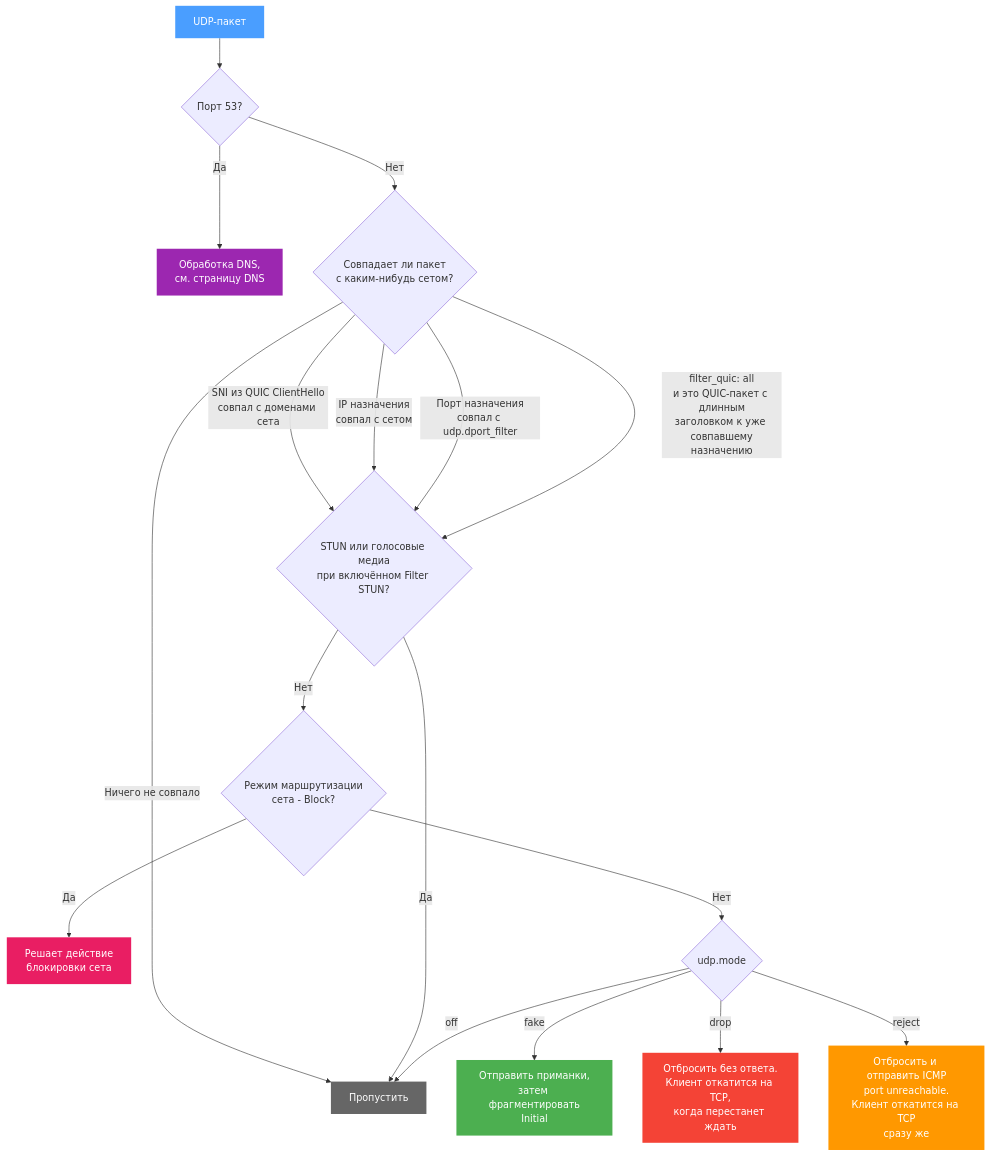
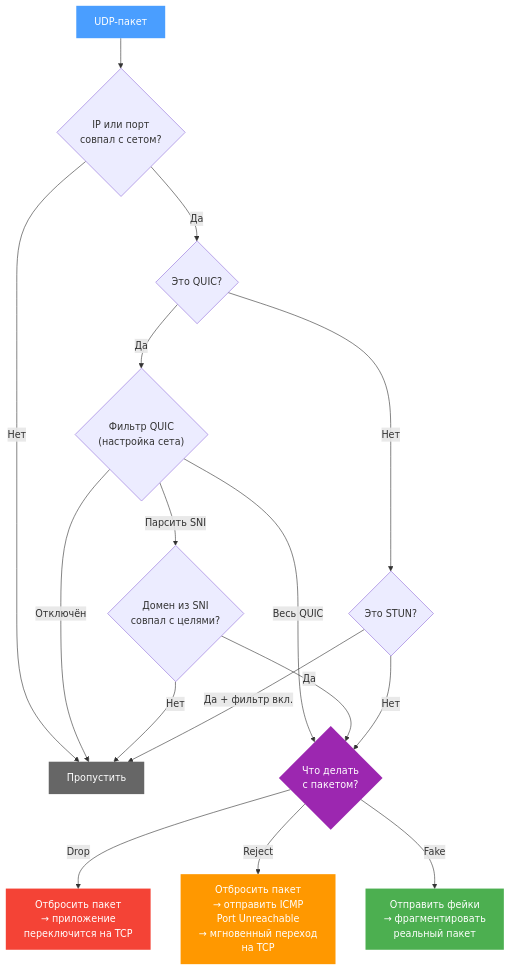
The diagram in docs/i18n/ru/docusaurus-plugin-content-docs/current/sets/udp.md (DanielLavrushin/b4), drawn with Mermaid before and after one commit. The commit also changed other lines of this file and 163 other files, not shown here.

````diff
--- a/docs/i18n/ru/docusaurus-plugin-content-docs/current/sets/udp.md
+++ b/docs/i18n/ru/docusaurus-plugin-content-docs/current/sets/udp.md
@@ -17,32 +17,30 @@
 ```mermaid
 flowchart TD
-    A["UDP-пакет"] --> DNS{"Порт 53?"}
-    DNS -->|"Да"| D["Обработка DNS,\nсм. страницу DNS"]
-    DNS -->|"Нет"| M{"Совпадает ли пакет\nс каким-нибудь сетом?"}
+    A["UDP-пакет"] --> B{"IP или порт\nсовпал с сетом?"}
+    B -->|"Нет"| PASS["Пропустить"]
+    B -->|"Да"| C{"Это QUIC?"}
 
-    M -->|"SNI из QUIC ClientHello\nсовпал с доменами сета"| STUN
-    M -->|"IP назначения\nсовпал с сетом"| STUN
-    M -->|"Порт назначения\nсовпал с udp.dport_filter"| STUN
-    M -->|"filter_quic: all\nи это QUIC-пакет с длинным\nзаголовком к уже совпавшему\nназначению"| STUN
-    M -->|"Ничего не совпало"| PASS["Пропустить"]
+    C -->|"Нет"| STUN{"Это STUN?"}
+    C -->|"Да"| D{"Фильтр QUIC\n(настройка сета)"}
 
-    STUN{"STUN или голосовые медиа\nпри включённом Filter STUN?"}
-    STUN -->|"Да"| PASS
-    STUN -->|"Нет"| BLOCK{"Режим маршрутизации\nсета - Block?"}
+    D -->|"Отключён"| PASS
+    D -->|"Весь QUIC"| ACTION
+    D -->|"Парсить SNI"| E{"Домен из SNI\nсовпал с целями?"}
+    E -->|"Да"| ACTION
+    E -->|"Нет"| PASS
 
-    BLOCK -->|"Да"| BACT["Решает действие\nблокировки сета"]
-    BLOCK -->|"Нет"| ACTION{"udp.mode"}
+    STUN -->|"Да + фильтр вкл."| PASS
+    STUN -->|"Нет"| ACTION
 
-    ACTION -->|"off"| PASS
-    ACTION -->|"fake"| FAKE["Отправить приманки,\nзатем фрагментировать\nInitial"]
-    ACTION -->|"drop"| DROP["Отбросить без ответа.\nКлиент откатится на TCP,\nкогда перестанет ждать"]
-    ACTION -->|"reject"| REJECT["Отбросить и отправить ICMP\nport unreachable.\nКлиент откатится на TCP\nсразу же"]
+    ACTION{"Что делать\nс пакетом?"}
+    ACTION -->|"Drop"| DROP["Отбросить пакет\n→ приложение\nпереключится на TCP"]
+    ACTION -->|"Reject"| REJECT["Отбросить пакет\n→ отправить ICMP\nPort Unreachable\n→ мгновенный переход\nна TCP"]
+    ACTION -->|"Fake"| FAKE["Отправить фейки\n→ фрагментировать\nреальный пакет"]
 
     style A fill:#4a9eff,color:#fff,stroke:none
-    style D fill:#9c27b0,color:#fff,stroke:none
     style PASS fill:#666,color:#fff,stroke:none
-    style BACT fill:#e91e63,color:#fff,stroke:none
     style DROP fill:#f44336,color:#fff,stroke:none
     style REJECT fill:#ff9800,color:#fff,stroke:none
     style FAKE fill:#4caf50,color:#fff,stroke:none
+    style ACTION fill:#9c27b0,color:#fff,stroke:none
 ```
````
